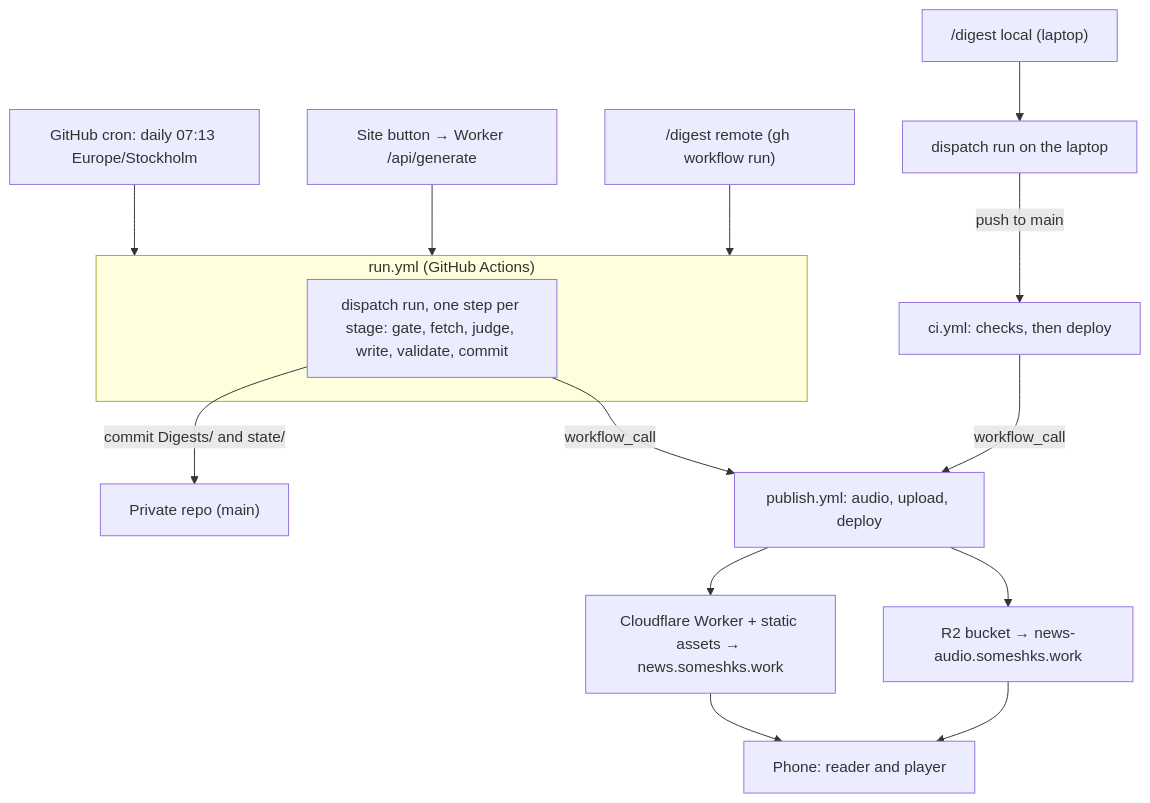
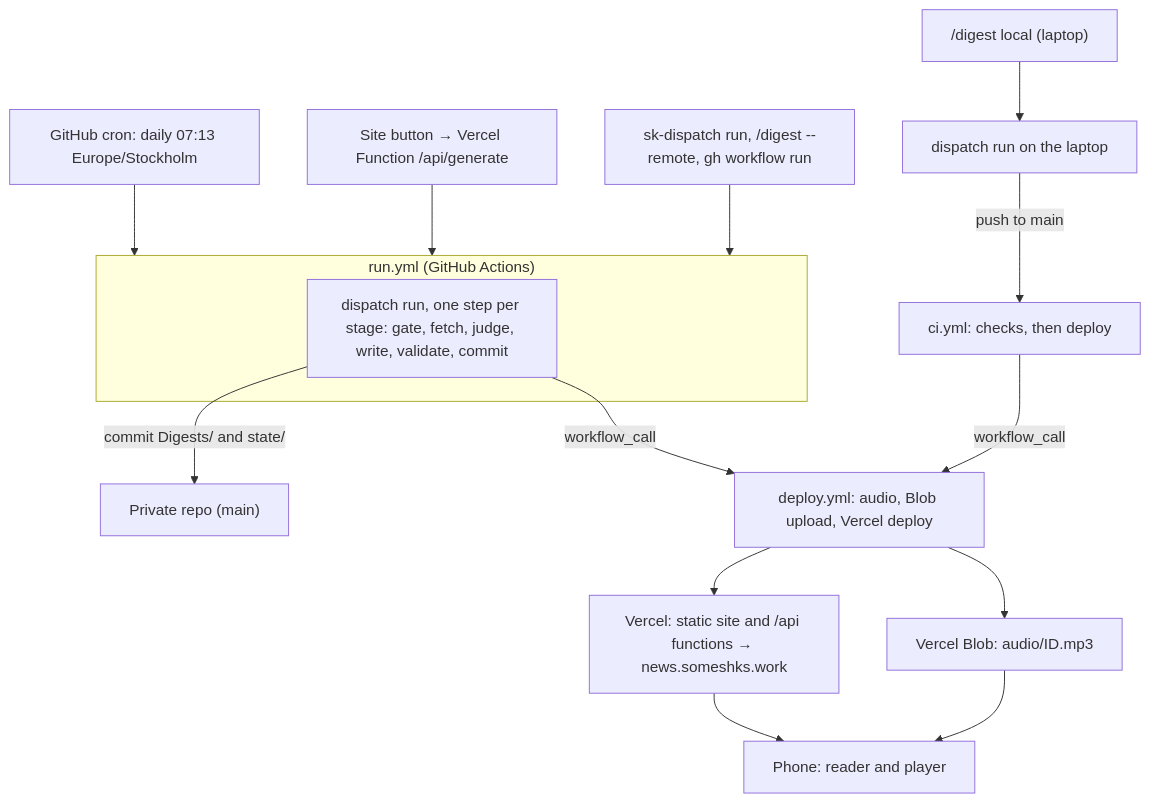
The diagram in docs/build-plan.md (somesh-ks/knowledge-hub), drawn with Mermaid before and after one commit. The commit also changed other lines of this file, not shown here.

First line of the commit message:
docs(plan): move hosting to Vercel and revise the build plan to v3

````diff
--- a/docs/build-plan.md
+++ b/docs/build-plan.md
@@ -66,20 +88,20 @@
 ```mermaid
 flowchart TD
     T1["GitHub cron: daily 07:13 Europe/Stockholm"] --> RUN
-    T2["Site button → Worker /api/generate"] --> RUN
-    T3["/digest remote (gh workflow run)"] --> RUN
+    T2["Site button → Vercel Function /api/generate"] --> RUN
+    T3["sk-dispatch run, /digest --remote, gh workflow run"] --> RUN
     T4["/digest local (laptop)"] --> LOCAL["dispatch run on the laptop"]
 
     subgraph RUN["run.yml (GitHub Actions)"]
         ENG["dispatch run, one step per stage: gate, fetch, judge, write, validate, commit"]
     end
 
     ENG -->|commit Digests/ and state/| REPO["Private repo (main)"]
-    ENG -->|workflow_call| PUB["publish.yml: audio, upload, deploy"]
+    ENG -->|workflow_call| DEP["deploy.yml: audio, Blob upload, Vercel deploy"]
     LOCAL -->|push to main| CI["ci.yml: checks, then deploy"]
-    CI -->|workflow_call| PUB
-    PUB --> R2["R2 bucket → news-audio.someshks.work"]
-    PUB --> WK["Cloudflare Worker + static assets → news.someshks.work"]
-    WK --> PHONE["Phone: reader and player"]
-    R2 --> PHONE
+    CI -->|workflow_call| DEP
+    DEP --> BLOB["Vercel Blob: audio/ID.mp3"]
+    DEP --> VC["Vercel: static site and /api functions → news.someshks.work"]
+    VC --> PHONE["Phone: reader and player"]
+    BLOB --> PHONE
 ```
````
